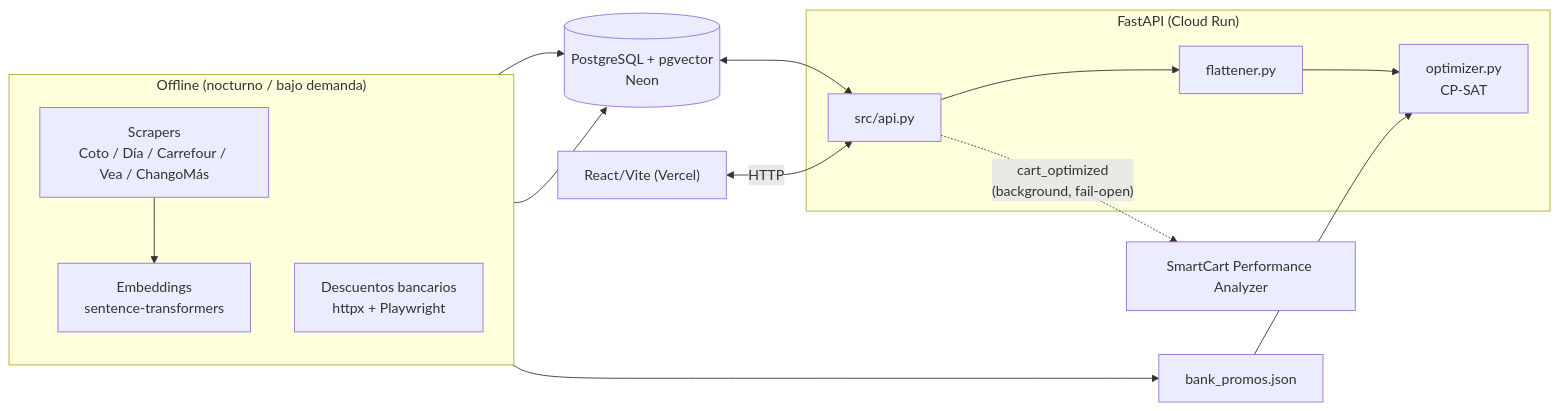
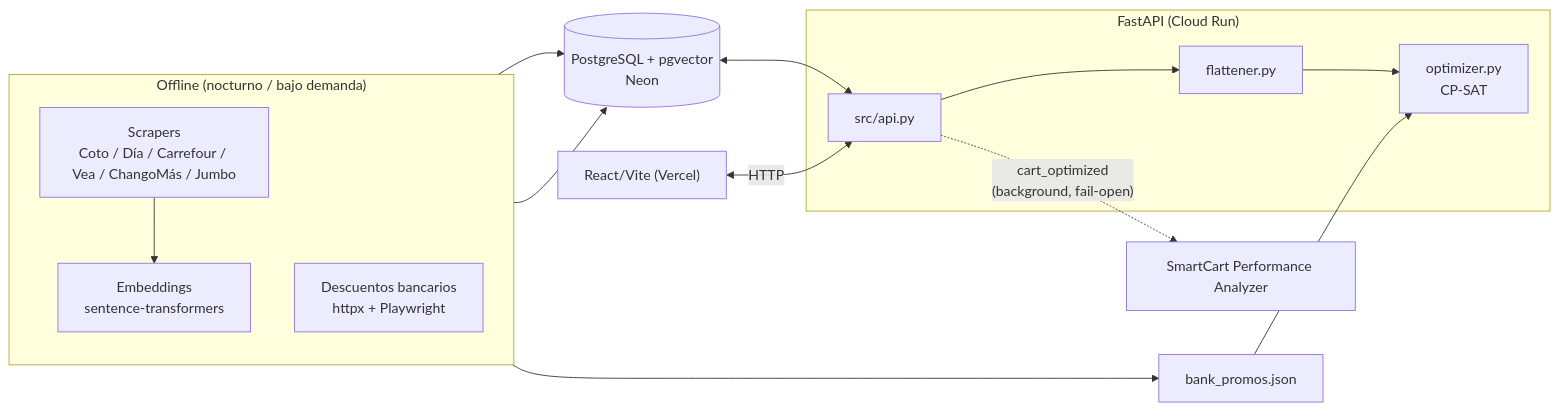
Before and after one commit to aviollaz/SmartCart: the diagram in docs/arquitectura.md, drawn with Mermaid. The commit also changed other lines of this file and 30 other files, not shown here.

````diff
--- a/docs/arquitectura.md
+++ b/docs/arquitectura.md
@@ -25,31 +25,31 @@
 ```mermaid
 flowchart LR
     subgraph Offline["Offline (nocturno / bajo demanda)"]
         direction TB
-        SCR["Scrapers\nCoto / Día / Carrefour / Vea / ChangoMás"]
+        SCR["Scrapers\nCoto / Día / Carrefour / Vea / ChangoMás / Jumbo"]
         EMB["Embeddings\nsentence-transformers"]
         BANK["Descuentos bancarios\nhttpx + Playwright"]
         SCR --> EMB
     end
 
     DB[(PostgreSQL + pgvector\nNeon)]
     SCR --> DB
     EMB --> DB
     BANK --> JSON["bank_promos.json"]
 
     subgraph Backend["FastAPI (Cloud Run)"]
         API["src/api.py"]
         FLAT["flattener.py"]
         OPT["optimizer.py\nCP-SAT"]
         API --> FLAT --> OPT
     end
 
     DB <--> API
     JSON --> OPT
 
     FE["React/Vite (Vercel)"]
     FE <-- "HTTP" --> API
 
     ANALYTICS["SmartCart Performance Analyzer"]
     API -. "cart_optimized\n(background, fail-open)" .-> ANALYTICS
 ```
````
